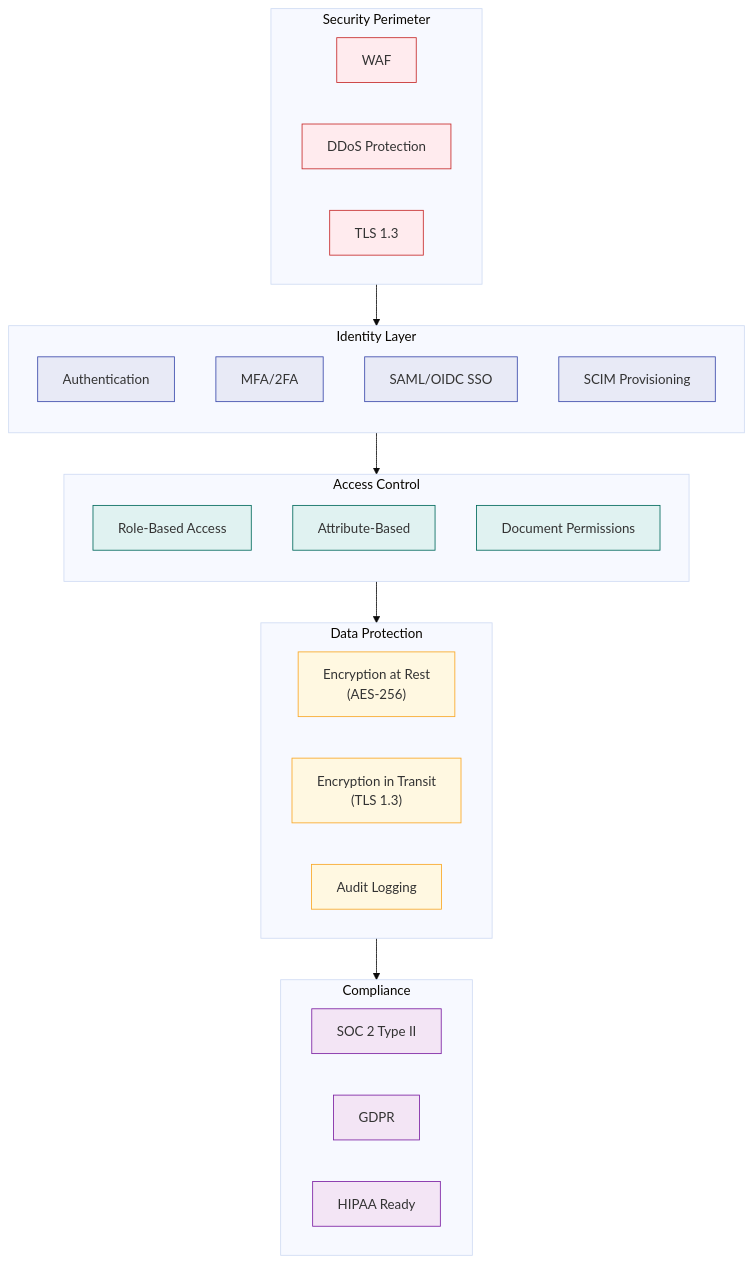
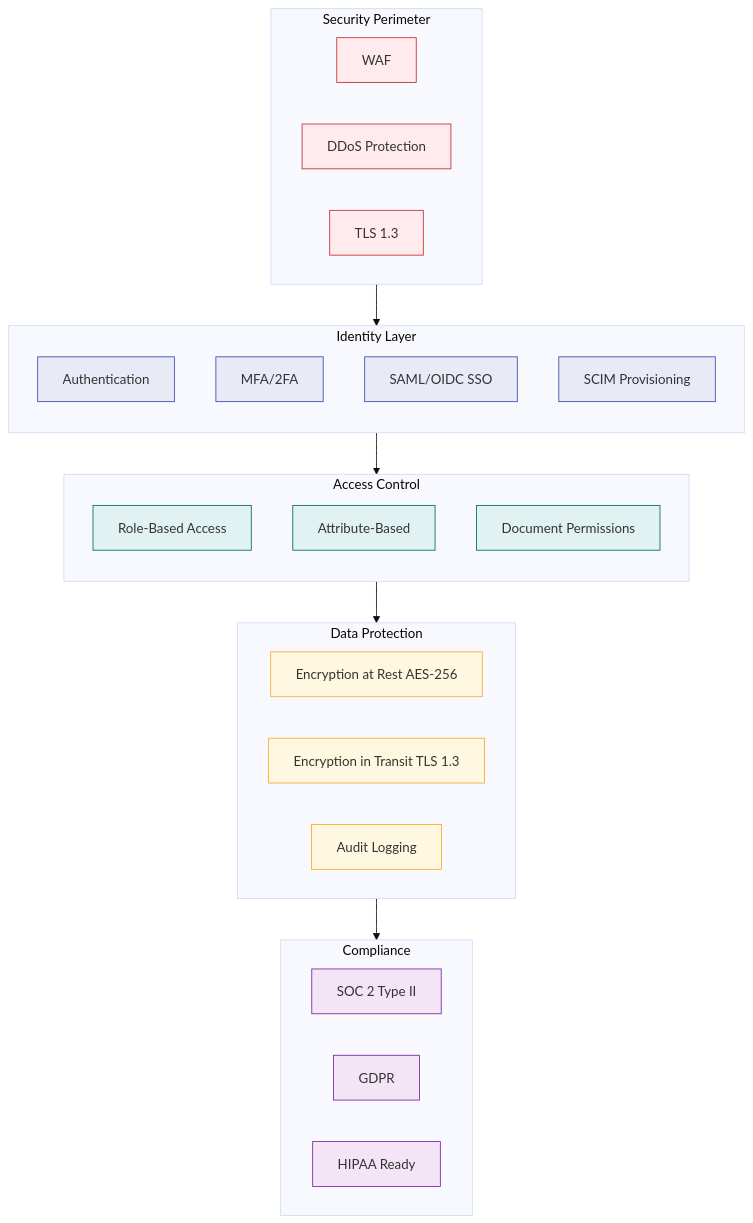
Before and after one commit to materi-ai/atlas: the fifth of 5 diagrams in index.mdx, drawn with Mermaid (base theme). The commit also changed other lines of this file, not shown here.

````diff
--- a/index.mdx
+++ b/index.mdx
@@ -338,54 +334,54 @@
 ```mermaid
 flowchart TB
     subgraph Perimeter["Security Perimeter"]
         direction LR
         WAF["WAF"]
         DDoS["DDoS Protection"]
         TLS["TLS 1.3"]
     end
 
     subgraph Identity["Identity Layer"]
         direction TB
         AUTH["Authentication"]
         MFA["MFA/2FA"]
         SSO["SAML/OIDC SSO"]
         SCIM["SCIM Provisioning"]
     end
 
     subgraph Access["Access Control"]
         direction TB
         RBAC["Role-Based Access"]
         ABAC["Attribute-Based"]
         PERMS["Document Permissions"]
     end
 
-    subgraph Data["Data Protection"]
+    subgraph DataProt["Data Protection"]
         direction LR
-        ENC_REST["Encryption at Rest<br/>(AES-256)"]
-        ENC_TRANS["Encryption in Transit<br/>(TLS 1.3)"]
+        ENC_REST["Encryption at Rest AES-256"]
+        ENC_TRANS["Encryption in Transit TLS 1.3"]
         AUDIT["Audit Logging"]
     end
 
     subgraph Compliance["Compliance"]
         SOC2["SOC 2 Type II"]
         GDPR["GDPR"]
         HIPAA["HIPAA Ready"]
     end
 
     Perimeter --> Identity
     Identity --> Access
-    Access --> Data
-    Data --> Compliance
+    Access --> DataProt
+    DataProt --> Compliance
 
     classDef perimeter fill:#ffebee,stroke:#c62828
     classDef identity fill:#e8eaf6,stroke:#3949ab
     classDef access fill:#e0f2f1,stroke:#00695c
     classDef data fill:#fff8e1,stroke:#f9a825
     classDef compliance fill:#f3e5f5,stroke:#7b1fa2
 
     class WAF,DDoS,TLS perimeter
     class AUTH,MFA,SSO,SCIM identity
     class RBAC,ABAC,PERMS access
     class ENC_REST,ENC_TRANS,AUDIT data
     class SOC2,GDPR,HIPAA compliance
 ```
````
